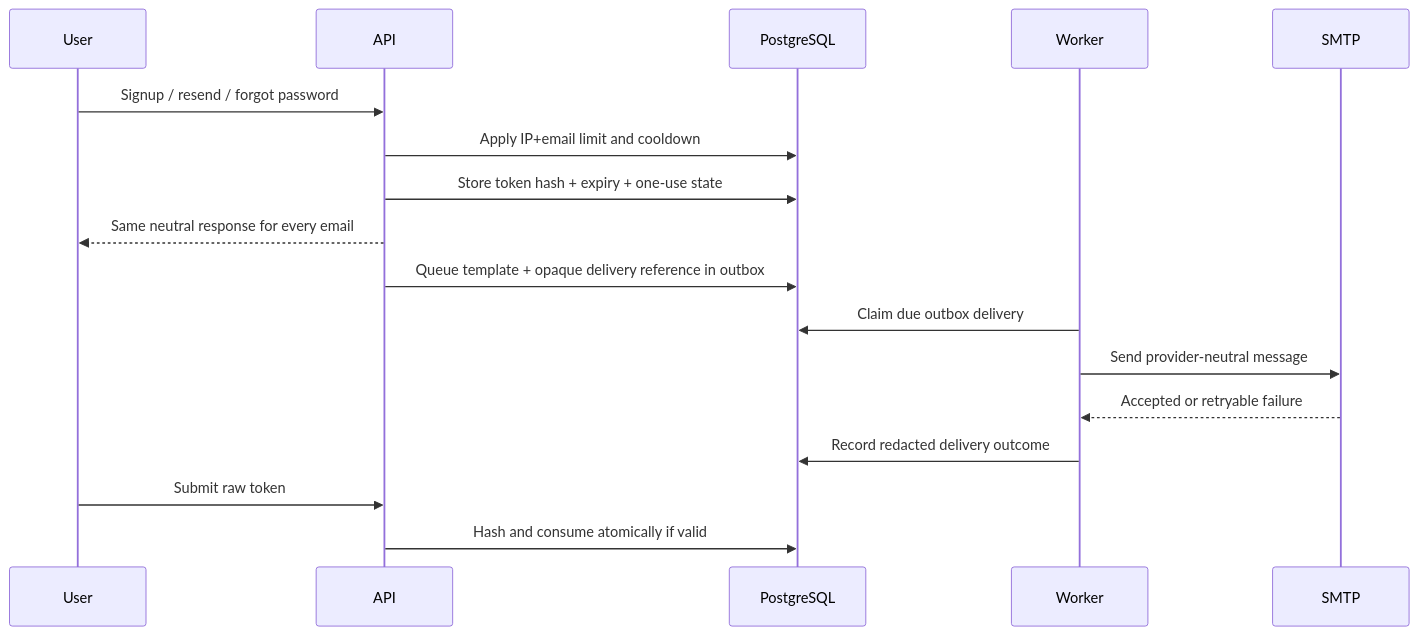
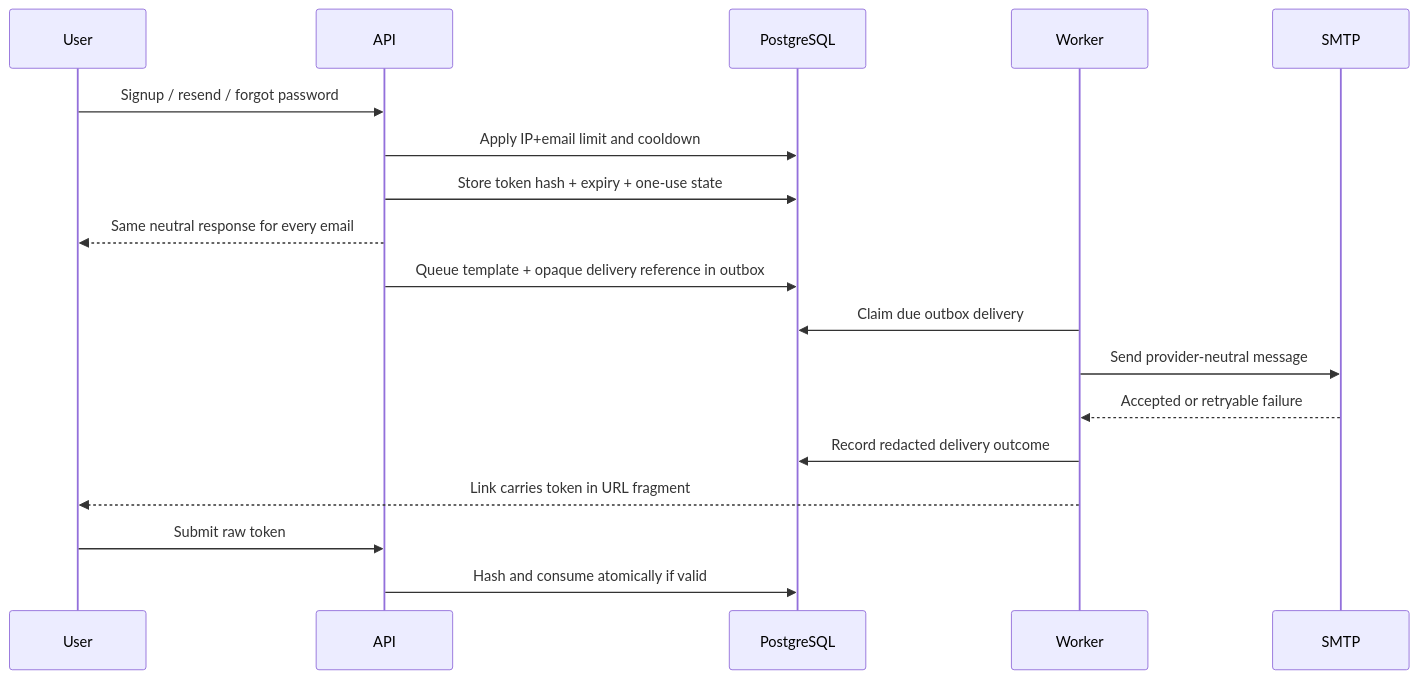
The sixth of 7 diagrams in docs/NETWORK-FLOW.md (Captainpax/littleorbit), drawn with Mermaid before and after one commit. The commit also changed other lines of this file and 6 other files, not shown here.

````diff
--- a/docs/NETWORK-FLOW.md
+++ b/docs/NETWORK-FLOW.md
@@ -122,19 +122,20 @@
 ```mermaid
 sequenceDiagram
     participant User
     participant API
     participant DB as PostgreSQL
     participant Worker
     participant SMTP
     User->>API: Signup / resend / forgot password
     API->>DB: Apply IP+email limit and cooldown
     API->>DB: Store token hash + expiry + one-use state
     API-->>User: Same neutral response for every email
     API->>DB: Queue template + opaque delivery reference in outbox
     Worker->>DB: Claim due outbox delivery
     Worker->>SMTP: Send provider-neutral message
     SMTP-->>Worker: Accepted or retryable failure
     Worker->>DB: Record redacted delivery outcome
+    Worker-->>User: Link carries token in URL fragment
     User->>API: Submit raw token
     API->>DB: Hash and consume atomically if valid
 ```
````
